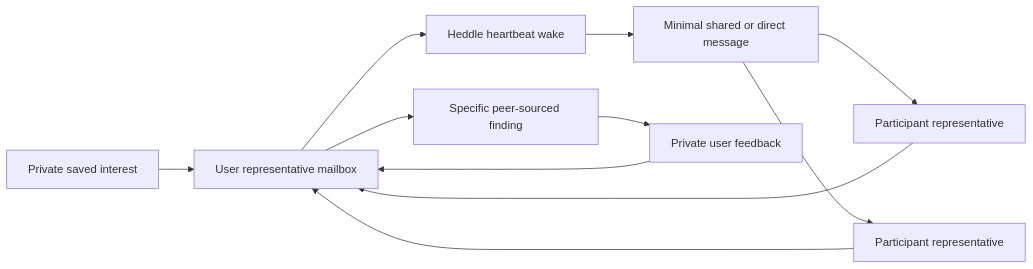
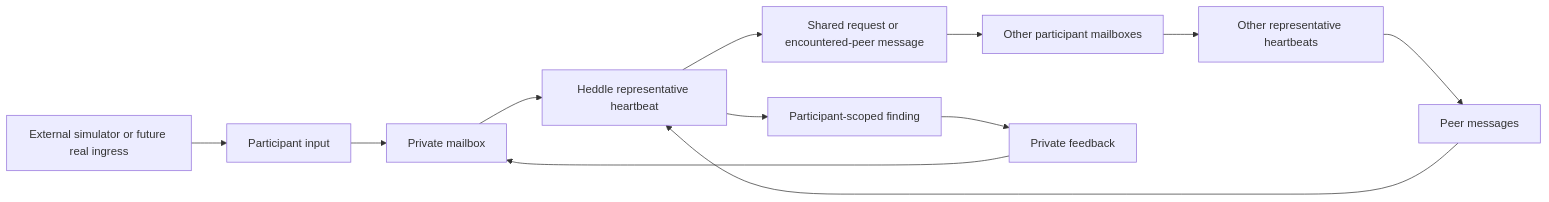
One commit to roackb2/lucid changed the diagram in README.md. Above: the diagram before and after it, drawn with Mermaid. The commit also changed other lines of this file and 49 other files, not shown here.

````diff
--- a/README.md
+++ b/README.md
@@ -25,13 +31,15 @@
 ```mermaid
 flowchart LR
-  I["Private saved interest"] --> U["User representative mailbox"]
-  U --> H["Heddle heartbeat wake"]
-  H --> M["Minimal shared or direct message"]
-  M --> P1["Participant representative"]
-  M --> P2["Participant representative"]
-  P1 --> U
-  P2 --> U
-  U --> F["Specific peer-sourced finding"]
-  F --> B["Private user feedback"]
-  B --> U
+  I["Participant input"] --> M["Private mailbox"]
+  M --> H["Heddle representative heartbeat"]
+  H --> S["Shared request or encountered-peer message"]
+  S --> N["Other participant mailboxes"]
+  N --> H2["Other representative heartbeats"]
+  H2 --> R["Peer messages"]
+  R --> H
+  H --> F["Participant-scoped finding"]
+  F --> B["Private feedback"]
+  B --> M
+
+  X["External simulator or future real ingress"] --> I
 ```
````
